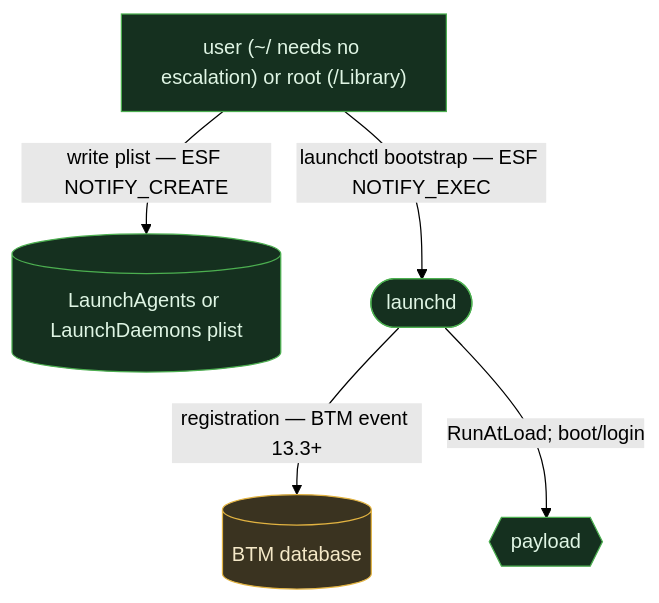
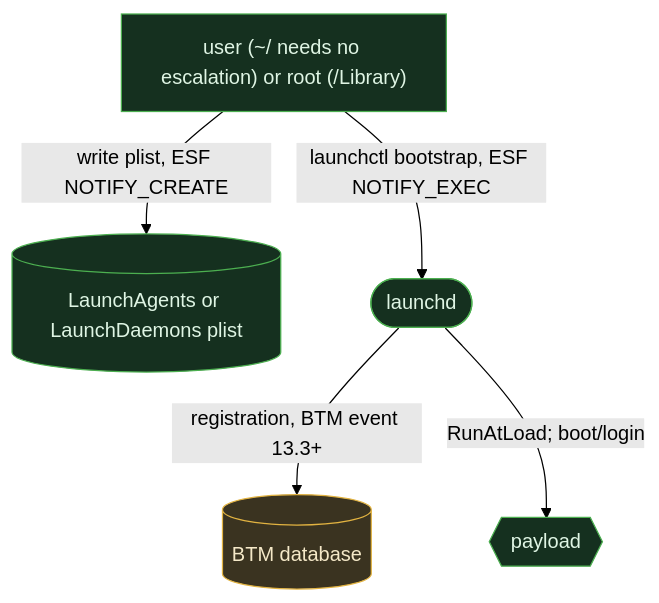
Before and after one commit to iimp0ster/os-internals-de-guide: the fourth of 4 diagrams in src/persistence/01-service-daemon.md, drawn with Mermaid (forest theme). The commit also changed other lines of this file and 53 other files, not shown here.

````diff
--- a/src/persistence/01-service-daemon.md
+++ b/src/persistence/01-service-daemon.md
@@ -106,9 +103,9 @@
 ```mermaid
 flowchart TB
-    P["user (~/ needs no escalation) or root (/Library)"]:::seen -->|"write plist — ESF NOTIFY_CREATE"| CFG[("LaunchAgents or LaunchDaemons plist")]:::seen
-    P -->|"launchctl bootstrap — ESF NOTIFY_EXEC"| MGR(["launchd"]):::seen
-    MGR -->|"registration — BTM event 13.3+"| BTM[("BTM database")]:::part
+    P["user (~/ needs no escalation) or root (/Library)"]:::seen -->|"write plist, ESF NOTIFY_CREATE"| CFG[("LaunchAgents or LaunchDaemons plist")]:::seen
+    P -->|"launchctl bootstrap, ESF NOTIFY_EXEC"| MGR(["launchd"]):::seen
+    MGR -->|"registration, BTM event 13.3+"| BTM[("BTM database")]:::part
     MGR -->|"RunAtLoad; boot/login"| PAY{{"payload"}}:::seen
     classDef seen fill:#15301f,stroke:#4caf50,color:#dff5e4;
     classDef part fill:#3a3320,stroke:#e2b341,color:#f5e9c8;
 ```
````
